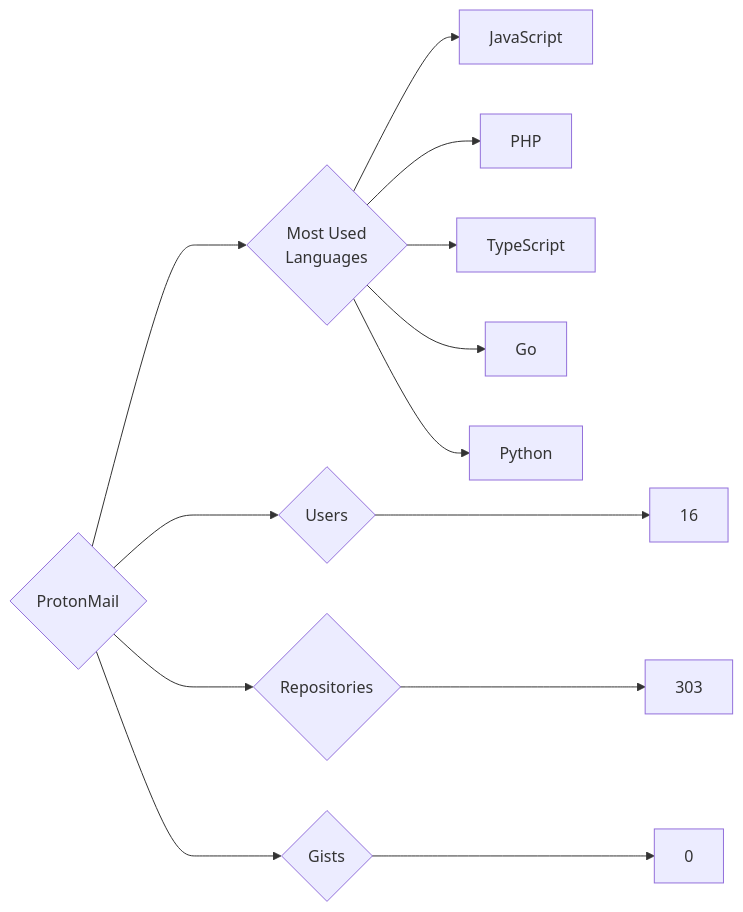
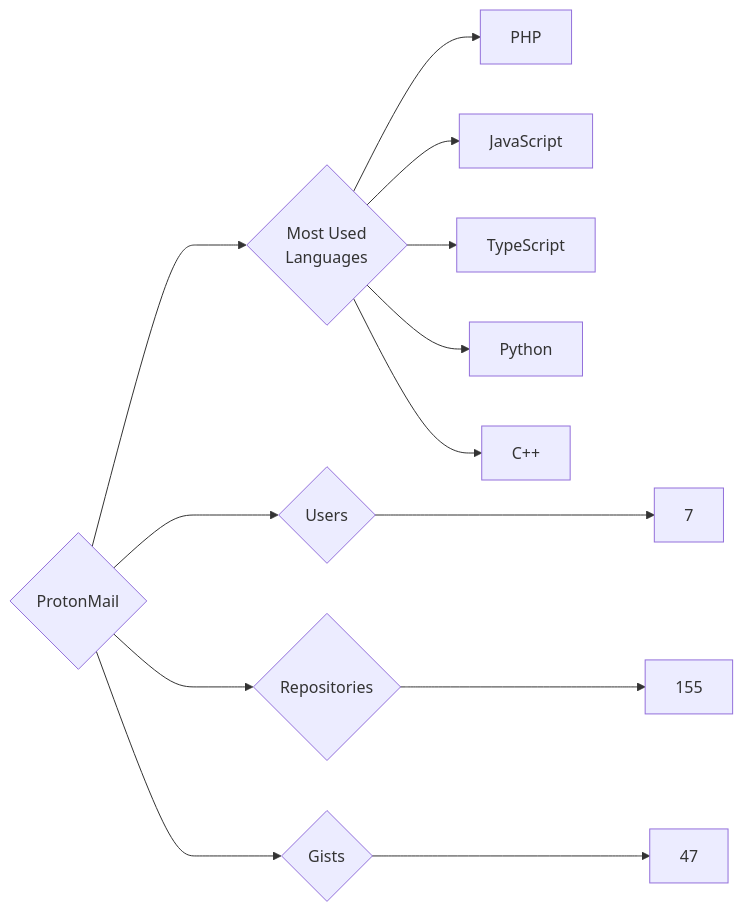
One commit to trickest/insiders changed the diagram in targets/ProtonMail/README.md. Above: the diagram before and after it, drawn with Mermaid. The commit also changed 997 other files, not shown here.

````diff
--- a/targets/ProtonMail/README.md
+++ b/targets/ProtonMail/README.md
@@ -3,13 +3,13 @@
 ```mermaid
 graph LR
 COMPANY_NAME{ProtonMail}
-COMPANY_NAME ---> U{Users} ---> UN[16]
-COMPANY_NAME ---> R{Repositories} ---> RN[303]
-COMPANY_NAME ---> G{Gists} ---> GN[0]
+COMPANY_NAME ---> U{Users} ---> UN[7]
+COMPANY_NAME ---> R{Repositories} ---> RN[155]
+COMPANY_NAME ---> G{Gists} ---> GN[47]
 COMPANY_NAME ---> ML{Most Used<br>Languages}
-ML --> JavaScript
-ML --> PHP
-ML --> TypeScript
-ML --> Go
-ML --> Python
+ML --> PHP[PHP]
+ML --> JavaScript[JavaScript]
+ML --> TypeScript[TypeScript]
+ML --> Python[Python]
+ML --> C++[C++]
 ```
````
